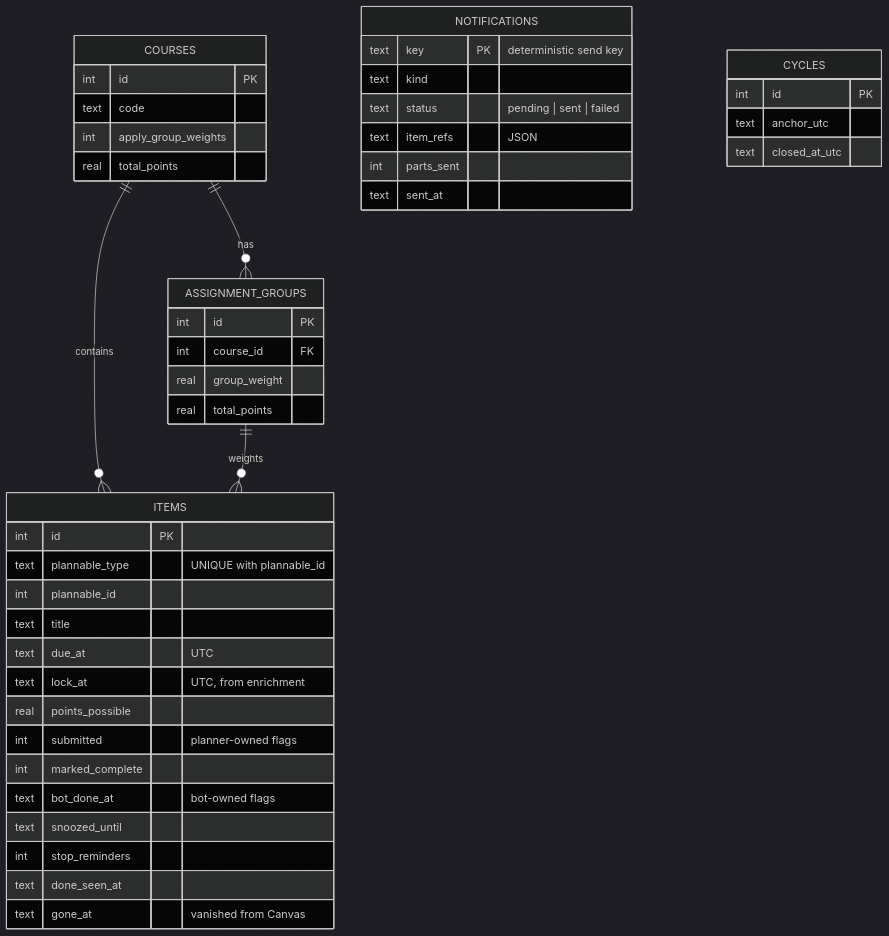
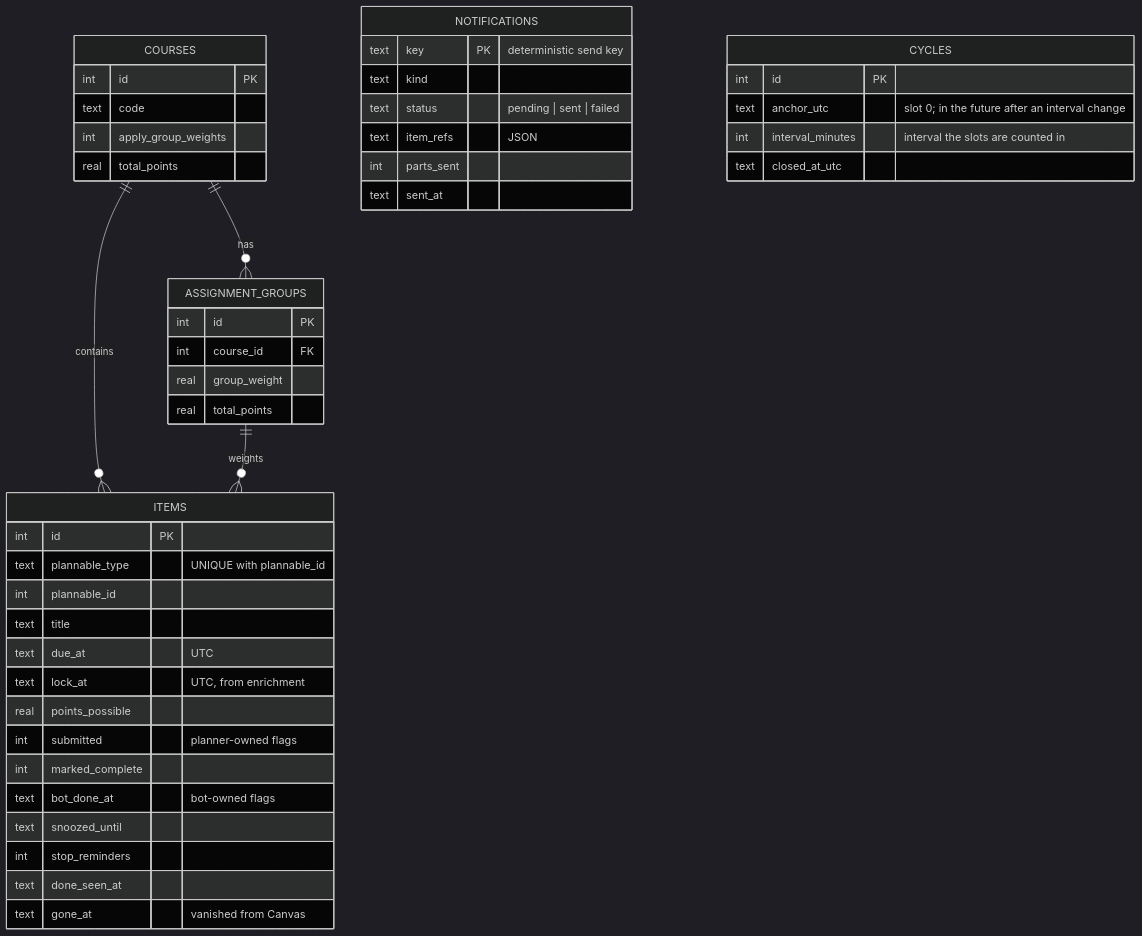
The eighth of 8 diagrams in docs/architecture.md (rmaytr/CanvasAssignmentTrackingBot), drawn with Mermaid (dark theme) before and after one commit. The commit also changed other lines of this file and 6 other files, not shown here.

First line of the commit message:
docs: per-user reminder rhythm in guides, architecture and README

````diff
--- a/docs/architecture.md
+++ b/docs/architecture.md
@@ -255,47 +260,48 @@
 ```mermaid
 erDiagram
     ITEMS {
         int id PK
         text plannable_type "UNIQUE with plannable_id"
         int plannable_id
         text title
         text due_at "UTC"
         text lock_at "UTC, from enrichment"
         real points_possible
         int submitted "planner-owned flags"
         int marked_complete
         text bot_done_at "bot-owned flags"
         text snoozed_until
         int stop_reminders
         text done_seen_at
         text gone_at "vanished from Canvas"
     }
     COURSES {
         int id PK
         text code
         int apply_group_weights
         real total_points
     }
     ASSIGNMENT_GROUPS {
         int id PK
         int course_id FK
         real group_weight
         real total_points
     }
     NOTIFICATIONS {
         text key PK "deterministic send key"
         text kind
         text status "pending | sent | failed"
         text item_refs "JSON"
         int parts_sent
         text sent_at
     }
     CYCLES {
         int id PK
-        text anchor_utc
+        text anchor_utc "slot 0; in the future after an interval change"
+        int interval_minutes "interval the slots are counted in"
         text closed_at_utc
     }
     COURSES ||--o{ ASSIGNMENT_GROUPS : has
     COURSES ||--o{ ITEMS : contains
     ASSIGNMENT_GROUPS ||--o{ ITEMS : weights
 ```
````
